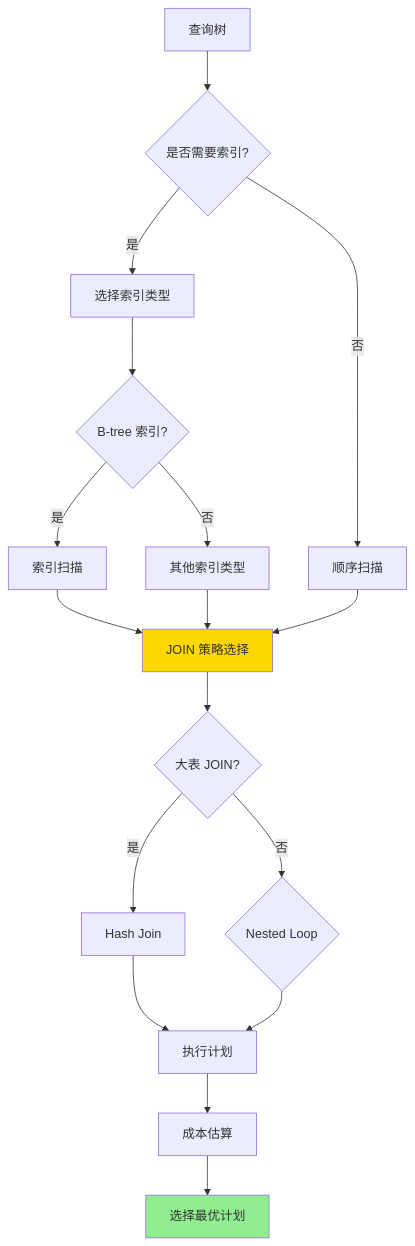
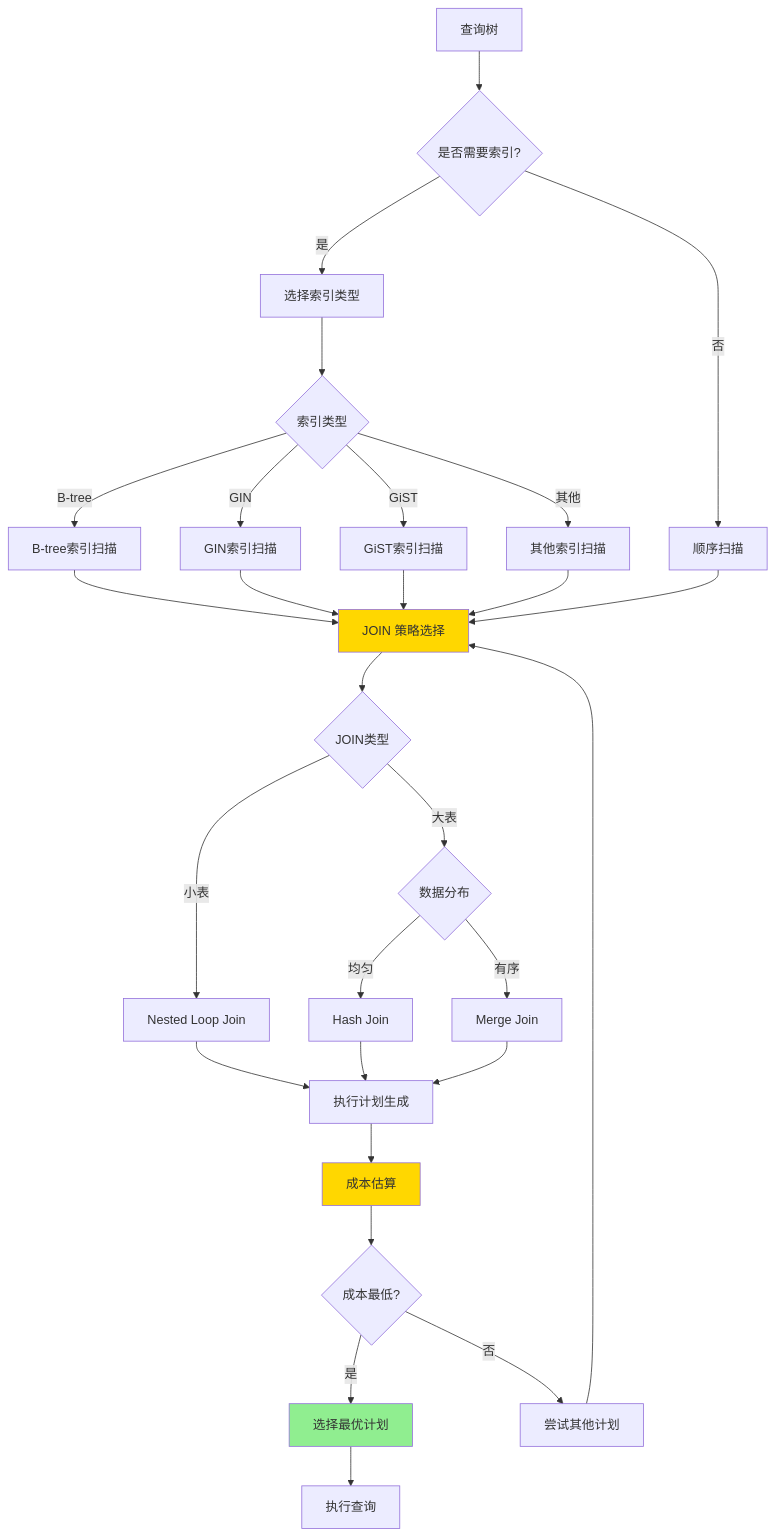
One commit to AdaMartin18010/PostgreSQL_modern changed the sixth of 7 diagrams in PostgreSQL培训/01-SQL基础/SQL基础培训.md. Above: the diagram before and after it, drawn with Mermaid. The commit also changed other lines of this file and 11 other files, not shown here.

````diff
--- a/PostgreSQL培训/01-SQL基础/SQL基础培训.md
+++ b/PostgreSQL培训/01-SQL基础/SQL基础培训.md
@@ -376,22 +527,34 @@
 ```mermaid
 flowchart TD
     A[查询树] --> B{是否需要索引?}
     B -->|是| C[选择索引类型]
     B -->|否| D[顺序扫描]
-    C --> E{B-tree 索引?}
-    E -->|是| F[索引扫描]
-    E -->|否| G[其他索引类型]
-    F --> H[JOIN 策略选择]
-    D --> H
-    G --> H
-    H --> I{大表 JOIN?}
-    I -->|是| J[Hash Join]
-    I -->|否| K{Nested Loop}
-    J --> L[执行计划]
-    K --> L
-    L --> M[成本估算]
-    M --> N[选择最优计划]
+    C --> E{索引类型}
+    E -->|B-tree| F[B-tree索引扫描]
+    E -->|GIN| G[GIN索引扫描]
+    E -->|GiST| H[GiST索引扫描]
+    E -->|其他| I[其他索引扫描]
+    F --> J[JOIN 策略选择]
+    G --> J
+    H --> J
+    I --> J
+    D --> J
+    J --> K{JOIN类型}
+    K -->|小表| L[Nested Loop Join]
+    K -->|大表| M{数据分布}
+    M -->|均匀| N[Hash Join]
+    M -->|有序| O[Merge Join]
+    L --> P[执行计划生成]
+    N --> P
+    O --> P
+    P --> Q[成本估算]
+    Q --> R{成本最低?}
+    R -->|是| S[选择最优计划]
+    R -->|否| T[尝试其他计划]
+    T --> J
+    S --> U[执行查询]
 
-    style H fill:#FFD700
-    style N fill:#90EE90
+    style J fill:#FFD700
+    style Q fill:#FFD700
+    style S fill:#90EE90
 ```
````
